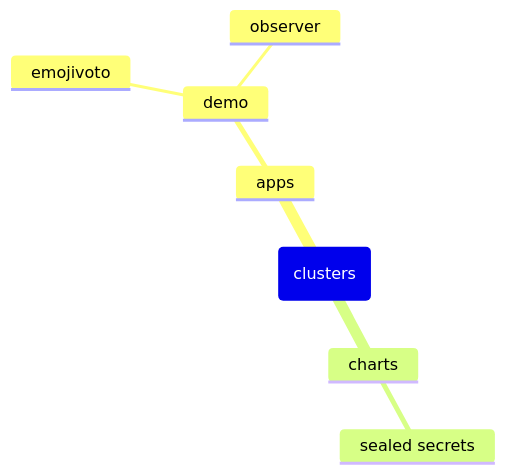
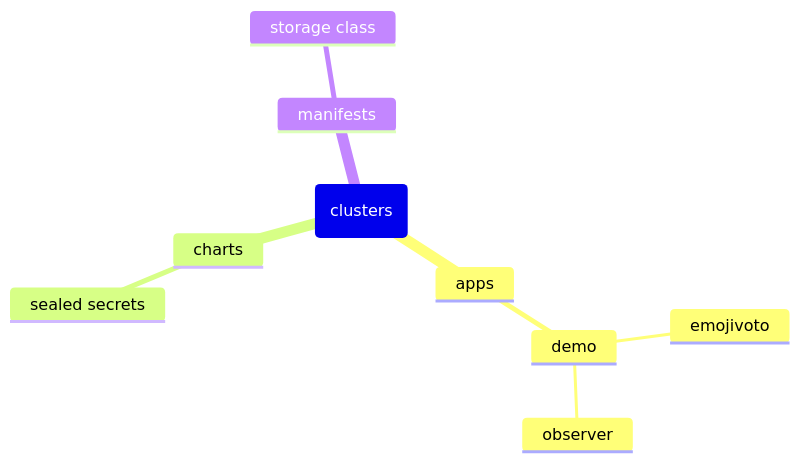
Before and after one commit to orbservability/demo-cluster: the diagram in README.md, drawn with Mermaid. The commit also changed other lines of this file and 10 other files, not shown here.

````diff
--- a/README.md
+++ b/README.md
@@ -5,10 +5,12 @@
 ```mermaid
 mindmap
   root(clusters)
     apps
       demo
         emojivoto
         observer
     charts
       sealed secrets
+    manifests
+      storage class
 ```
````
